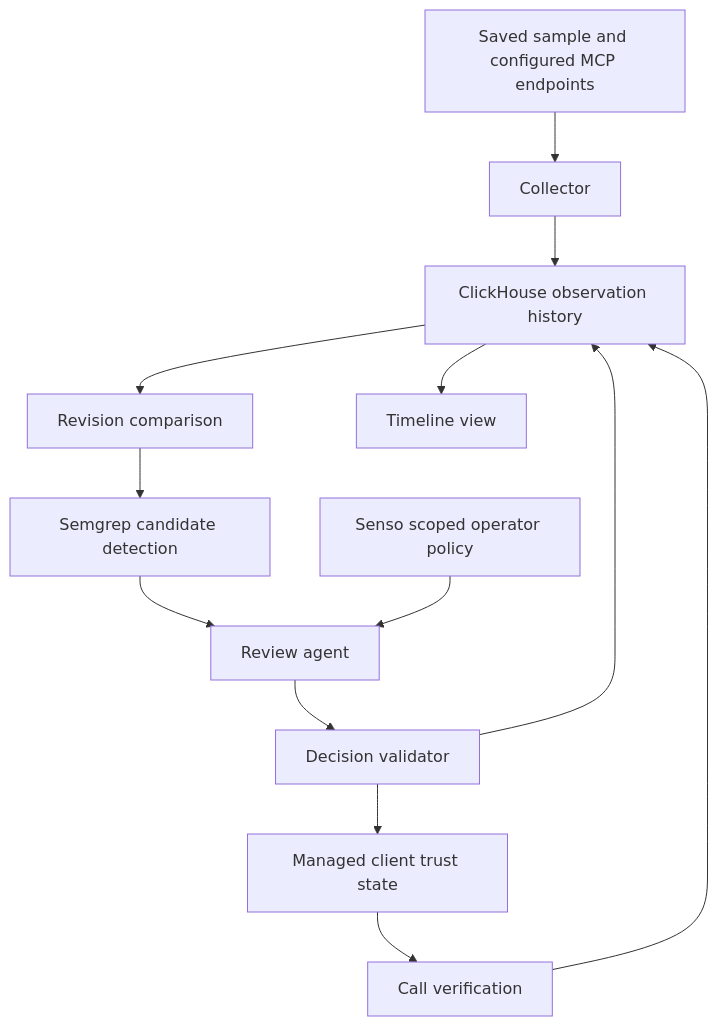
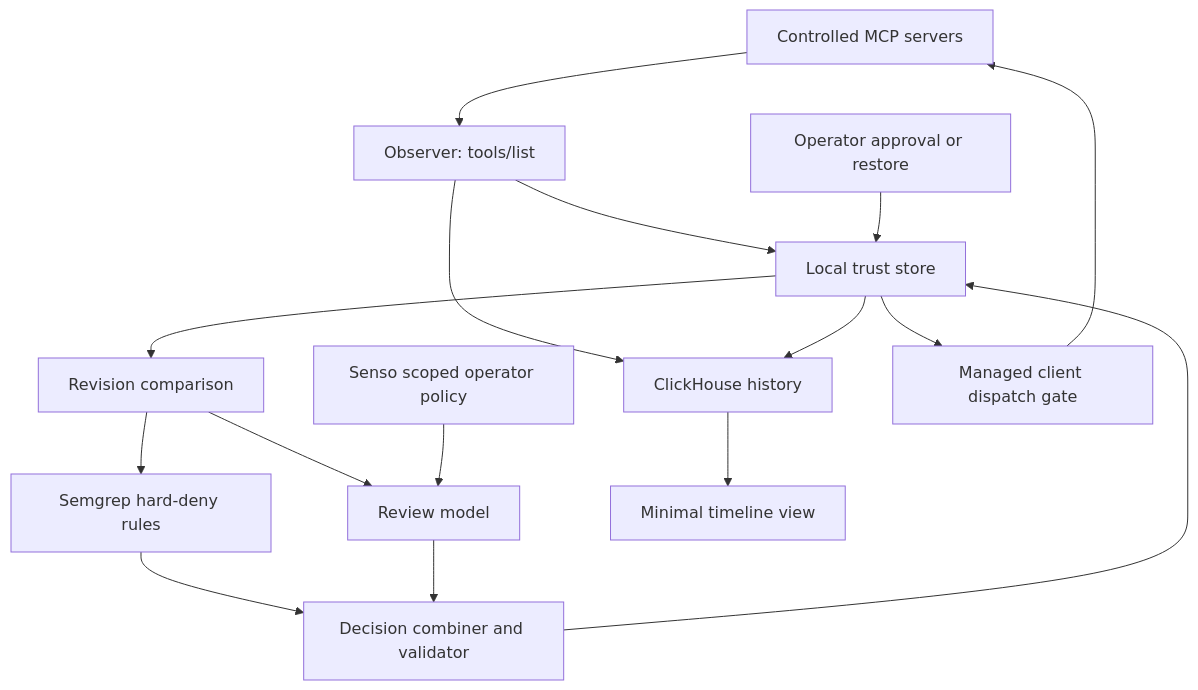
One commit to Rayhanpatel/mcp-trust-monitor changed the diagram in docs/SPEC.md. Above: the diagram before and after it, drawn with Mermaid. The commit also changed other lines of this file and 5 other files, not shown here.

````diff
--- a/docs/SPEC.md
+++ b/docs/SPEC.md
@@ -51,15 +59,18 @@
 ```mermaid
 flowchart TD
-    A[Saved sample and configured MCP endpoints] --> B[Collector]
-    B --> C[ClickHouse observation history]
-    C --> D[Revision comparison]
-    D --> E[Semgrep candidate detection]
-    E --> F[Review agent]
+    S[Controlled MCP servers] --> B[Observer: tools/list]
+    B --> T[Local trust store]
+    B --> C[ClickHouse history]
+    T --> D[Revision comparison]
+    D --> E[Semgrep hard-deny rules]
+    D --> F[Review model]
     P[Senso scoped operator policy] --> F
-    F --> G[Decision validator]
-    G --> H[Managed client trust state]
-    H --> I[Call verification]
-    G --> C
-    I --> C
-    C --> J[Timeline view]
+    E --> G[Decision combiner and validator]
+    F --> G
+    G --> T
+    O[Operator approval or restore] --> T
+    T --> H[Managed client dispatch gate]
+    H --> S
+    T --> C
+    C --> J[Minimal timeline view]
 ```
````
